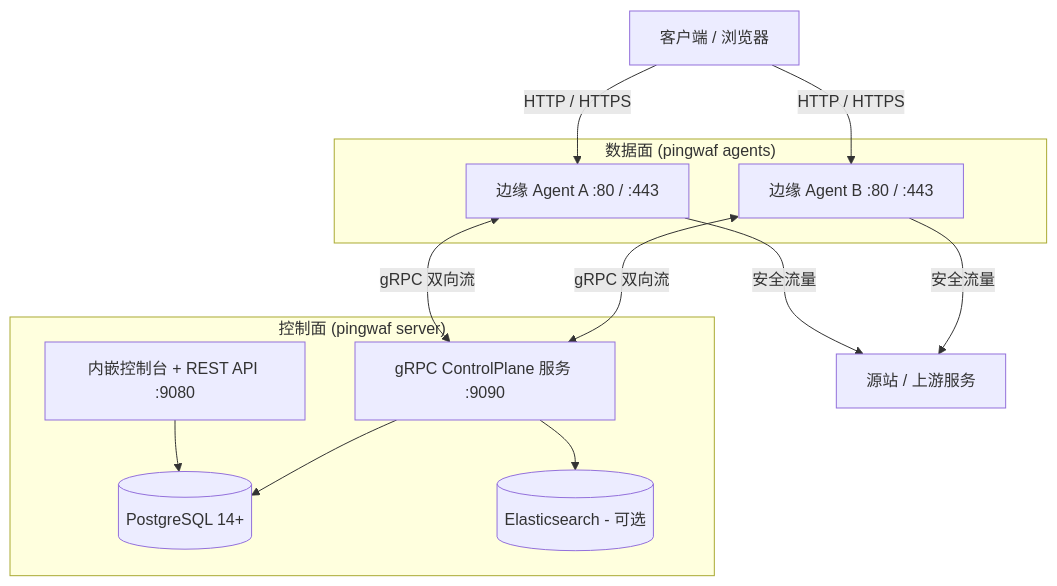
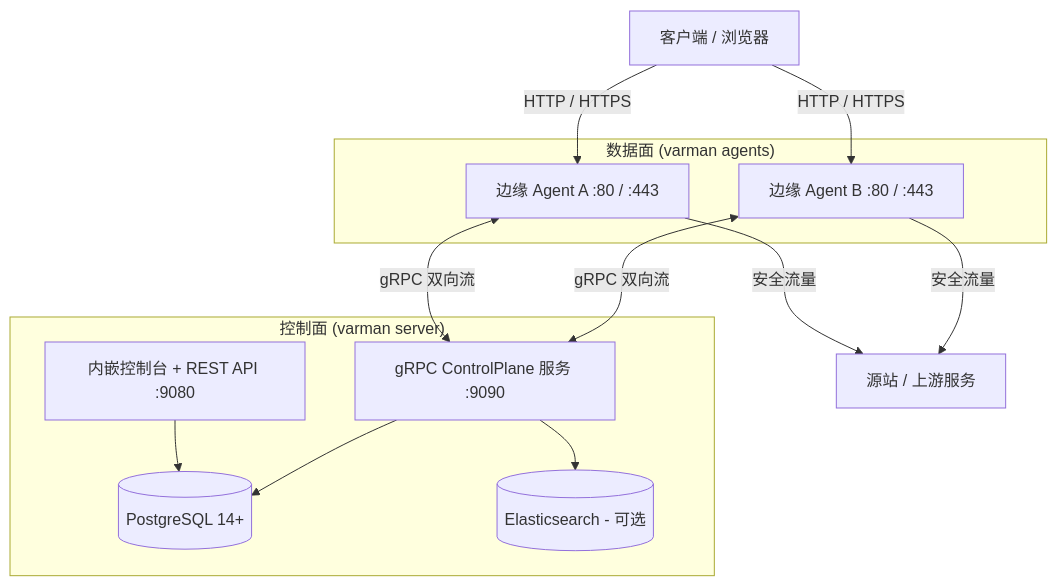
Before and after one commit to channchetra/varmanwaf: the diagram in README_zh.md, drawn with Mermaid. The commit also changed other lines of this file and 21 other files, not shown here.

````diff
--- a/README_zh.md
+++ b/README_zh.md
@@ -39,28 +39,28 @@
 ```mermaid
 graph TB
     Client[客户端 / 浏览器]
 
-    subgraph ControlPlane["控制面 (pingwaf server)"]
+    subgraph ControlPlane["控制面 (varman server)"]
         Dashboard[内嵌控制台 + REST API :9080]
         GRPC[gRPC ControlPlane 服务 :9090]
         PG[(PostgreSQL 14+)]
         ES[(Elasticsearch - 可选)]
     end
 
-    subgraph DataPlane["数据面 (pingwaf agents)"]
+    subgraph DataPlane["数据面 (varman agents)"]
         AgentA[边缘 Agent A :80 / :443]
         AgentB[边缘 Agent B :80 / :443]
     end
 
     Origin[源站 / 上游服务]
 
     Client -->|HTTP / HTTPS| AgentA
     Client -->|HTTP / HTTPS| AgentB
     AgentA <-->|gRPC 双向流| GRPC
     AgentB <-->|gRPC 双向流| GRPC
     Dashboard --> PG
     GRPC --> PG
     GRPC --> ES
     AgentA -->|安全流量| Origin
     AgentB -->|安全流量| Origin
 ```
````
